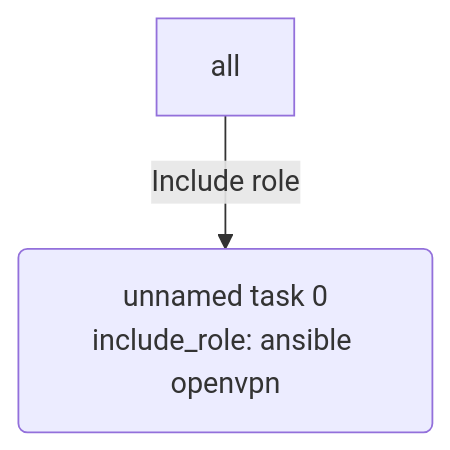
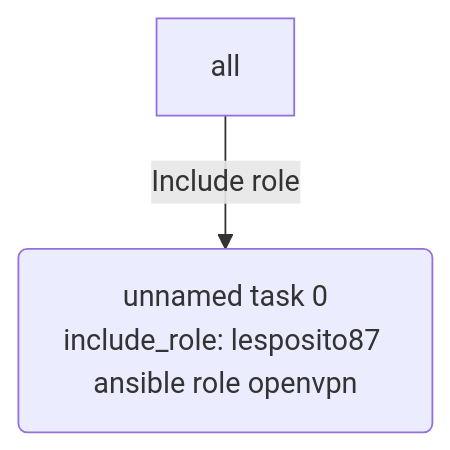
One commit to lesposito87/ansible-role-openvpn changed the third of 3 diagrams in README.md. Above: the diagram before and after it, drawn with Mermaid. The commit also changed other lines of this file and 5 other files, not shown here.

````diff
--- a/README.md
+++ b/README.md
@@ -177,4 +177,4 @@
 ```mermaid
 flowchart TD
-  all-->|Include role| ansible_openvpn0(unnamed task 0<br>include_role: ansible openvpn):::includeRole
+  all-->|Include role| lesposito87_ansible_role_openvpn0(unnamed task 0<br>include_role: lesposito87 ansible role openvpn):::includeRole
 ```
````
